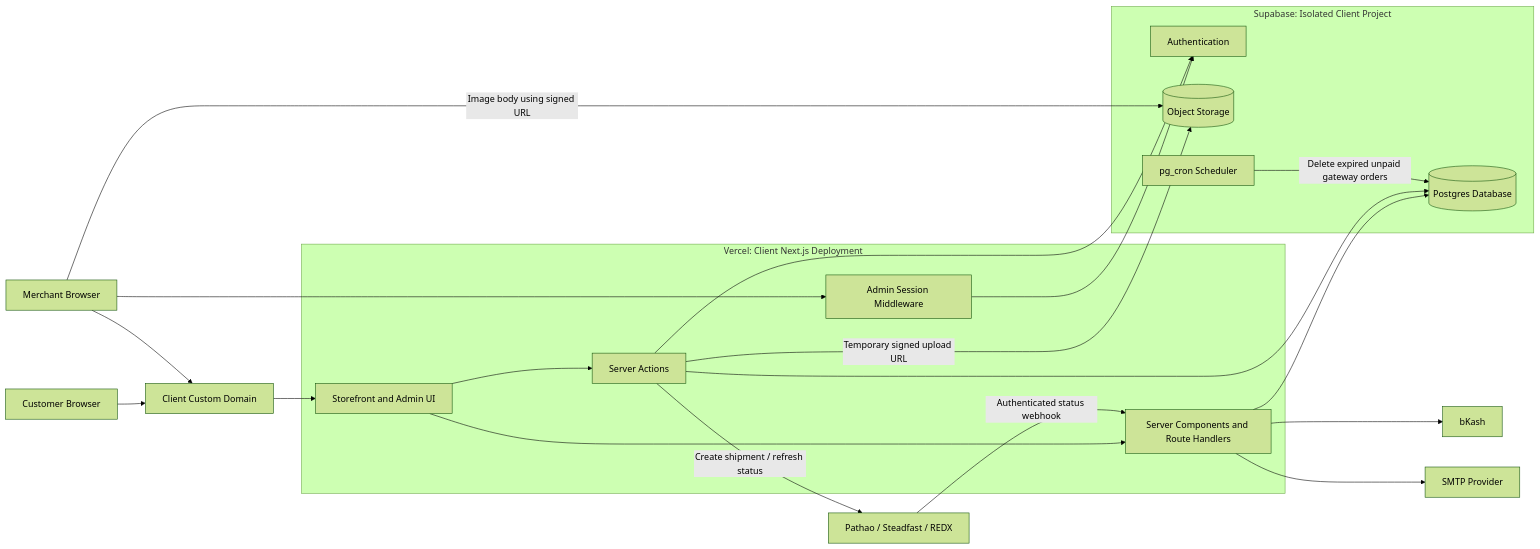
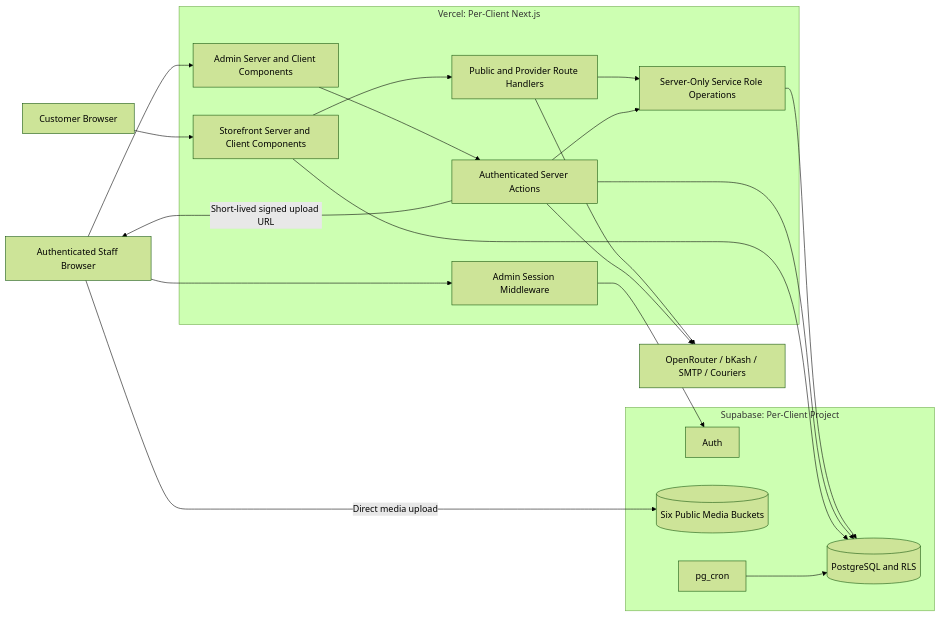
Before and after one commit to mushfiqueyeasir/reverb-commerce: the second of 5 diagrams in doc/ARCHITECTURE.md, drawn with Mermaid (forest theme). The commit also changed other lines of this file and 13 other files, not shown here.

````diff
--- a/doc/ARCHITECTURE.md
+++ b/doc/ARCHITECTURE.md
@@ -87,42 +119,37 @@
 ```mermaid
 flowchart LR
     customer[Customer Browser]
-    merchant[Merchant Browser]
-    domain[Client Custom Domain]
+    staff[Authenticated Staff Browser]
 
-    subgraph vercel[Vercel: Client Next.js Deployment]
-        pages[Storefront and Admin UI]
+    subgraph vercel[Vercel: Per-Client Next.js]
+        storefront[Storefront Server and Client Components]
+        admin[Admin Server and Client Components]
         middleware[Admin Session Middleware]
-        server[Server Components and Route Handlers]
-        actions[Server Actions]
+        routes[Public and Provider Route Handlers]
+        actions[Authenticated Server Actions]
+        service[Server-Only Service Role Operations]
     end
 
-    subgraph supabase[Supabase: Isolated Client Project]
-        auth[Authentication]
-        database[(Postgres Database)]
-        storage[(Object Storage)]
-        cron[pg_cron Scheduler]
+    subgraph supabase[Supabase: Per-Client Project]
+        auth[Auth]
+        db[(PostgreSQL and RLS)]
+        storage[(Six Public Media Buckets)]
+        cron[pg_cron]
     end
 
-    payments[bKash]
-    email[SMTP Provider]
-    couriers[Pathao / Steadfast / REDX]
+    providers[OpenRouter / bKash / SMTP / Couriers]
 
-    customer --> domain
-    merchant --> domain
-    domain --> pages
-    pages --> server
-    merchant --> middleware
-    middleware --> auth
-    pages --> actions
-    server --> database
-    actions --> auth
-    actions --> database
-    actions -->|Temporary signed upload URL| storage
-    merchant -->|Image body using signed URL| storage
-    server --> payments
-    server --> email
-    actions -->|Create shipment / refresh status| couriers
-    couriers -->|Authenticated status webhook| server
-    cron -->|Delete expired unpaid gateway orders| database
+    customer --> storefront
+    storefront --> routes
+    staff --> middleware --> auth
+    staff --> admin --> actions
+    routes --> service --> db
+    actions --> db
+    actions --> service
+    actions -->|Short-lived signed upload URL| staff
+    staff -->|Direct media upload| storage
+    storefront --> db
+    routes --> providers
+    actions --> providers
+    cron --> db
 ```
````
